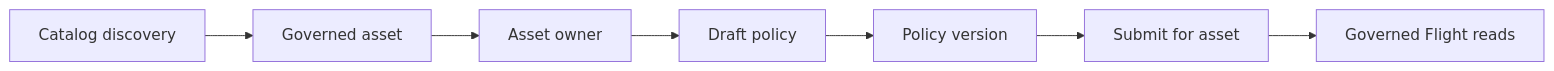
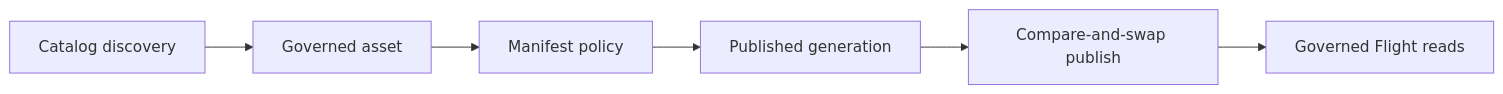
One commit to snithish/dal-obscura changed the second of 2 diagrams in docs/README.md. Above: the diagram before and after it, drawn with Mermaid. The commit also changed other lines of this file and 4 other files, not shown here.

````diff
--- a/docs/README.md
+++ b/docs/README.md
@@ -88,9 +86,8 @@
 ```mermaid
 flowchart LR
     catalog["Catalog discovery"] --> asset["Governed asset"]
-    asset --> owner["Asset owner"]
-    owner --> policy["Draft policy"]
-    policy --> version["Policy version"]
-    version --> publish["Submit for asset"]
+    asset --> policy["Manifest policy"]
+    policy --> version["Published generation"]
+    version --> publish["Compare-and-swap publish"]
     publish --> read["Governed Flight reads"]
 ```
````
